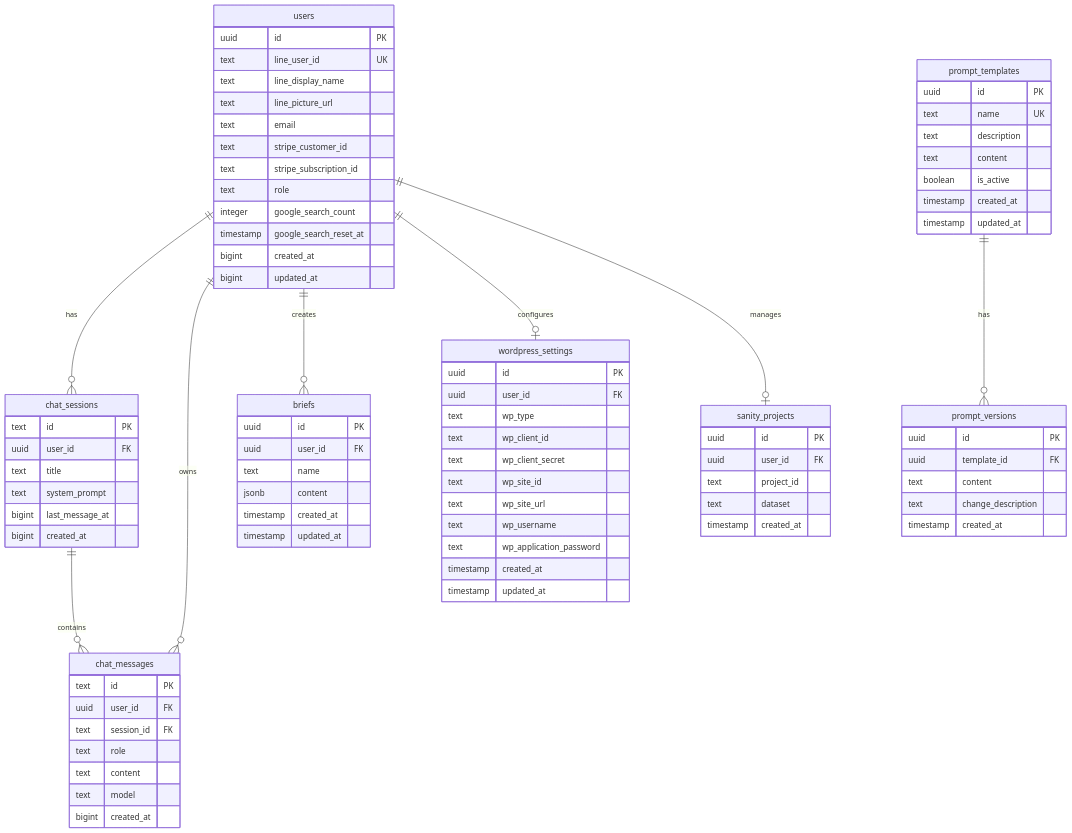
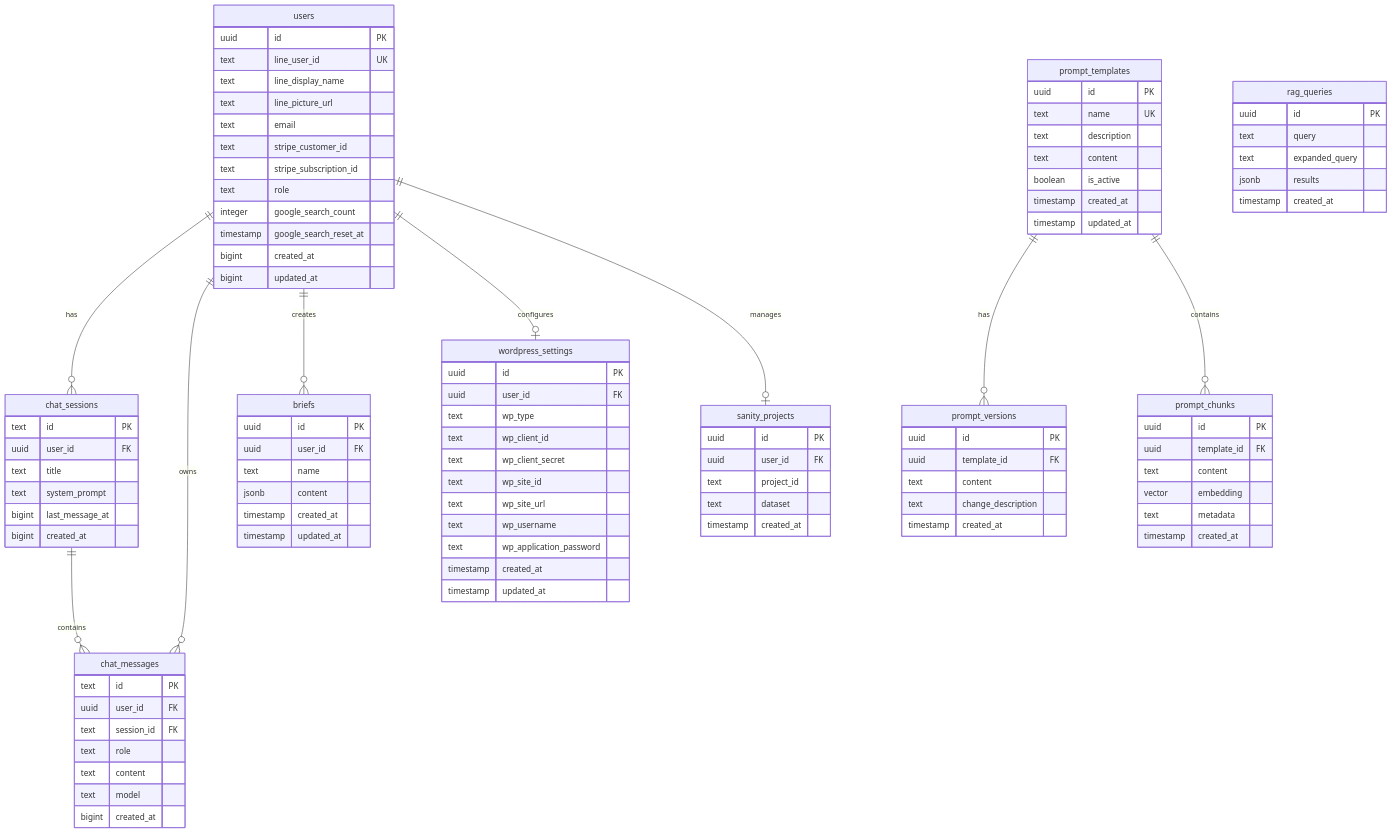
The third of 3 diagrams in README.md (shoma-endo/industry-specific-mc-training), drawn with Mermaid before and after one commit. The commit also changed other lines of this file and 1 other file, not shown here.

````diff
--- a/README.md
+++ b/README.md
@@ -229,6 +253,23 @@
         timestamp updated_at
     }
     
+    prompt_chunks {
+        uuid id PK
+        uuid template_id FK
+        text content
+        vector embedding
+        text metadata
+        timestamp created_at
+    }
+    
+    rag_queries {
+        uuid id PK
+        text query
+        text expanded_query
+        jsonb results
+        timestamp created_at
+    }
+    
     users ||--o{ chat_sessions : has
     users ||--o{ chat_messages : owns
     users ||--o{ briefs : creates
@@ -236,4 +277,5 @@
     users ||--o| sanity_projects : manages
     chat_sessions ||--o{ chat_messages : contains
     prompt_templates ||--o{ prompt_versions : has
+    prompt_templates ||--o{ prompt_chunks : contains
 ```
````
